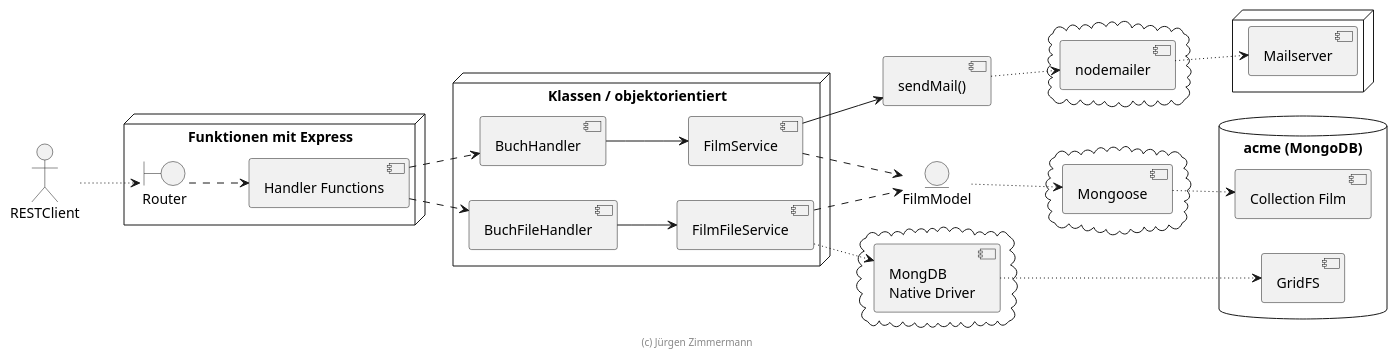
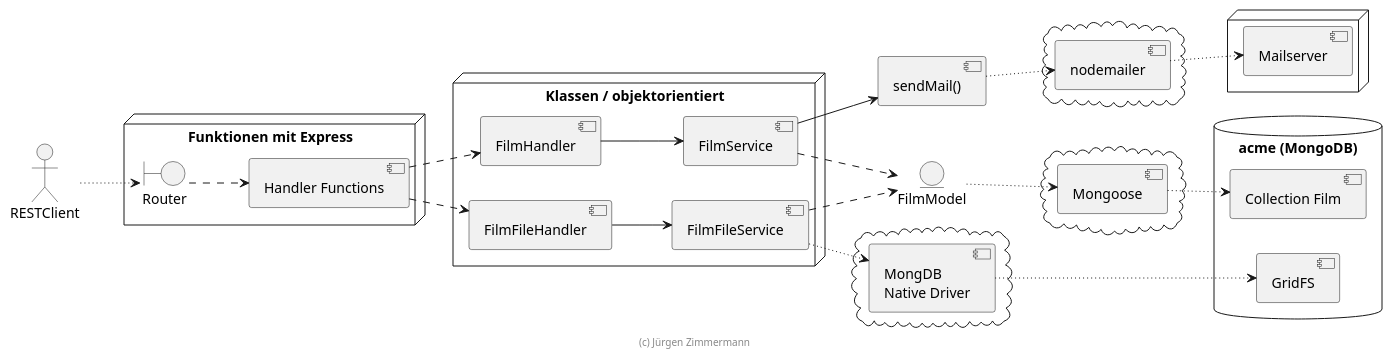
The diagram in doc/entwicklerhandbuch/komponenten.puml (marcelmaerdian/SWE_WS2020), drawn with PlantUML before and after one commit. The commit also changed 16 other files, not shown here.

```diff
--- a/doc/entwicklerhandbuch/komponenten.puml
+++ b/doc/entwicklerhandbuch/komponenten.puml
@@ -15,69 +15,69 @@
 @startuml Komponenten
 
 skinparam componentStyle uml2
 
 left to right direction
 
 actor RESTClient
 
 node "Funktionen mit Express" {
   boundary Router
   [Handler Functions]
 }
 
 node "Klassen / objektorientiert" {
-  [BuchHandler]
-  [BuchFileHandler]
+  [FilmHandler]
+  [FilmFileHandler]
 
   [FilmService]
   [FilmFileService]
 }
 
 [sendMail()] as sendMail
 
 entity FilmModel
 
 cloud {
     [Mongoose]
 }
 
 cloud {
     [MongDB\nNative Driver]
 }
 
 cloud {
     [nodemailer]
 }
 
 database "acme (MongoDB)" {
     [Collection Film]
     [GridFS]
 }
 
 node {
     [Mailserver]
 }
 
 
 RESTClient ~~> [Router]
 [Router] ..> [Handler Functions]
-[Handler Functions] ..> [BuchHandler]
-[Handler Functions] ..> [BuchFileHandler]
+[Handler Functions] ..> [FilmHandler]
+[Handler Functions] ..> [FilmFileHandler]
 
-[BuchHandler] --> [FilmService]
-[BuchFileHandler] --> [FilmFileService]
+[FilmHandler] --> [FilmService]
+[FilmFileHandler] --> [FilmFileService]
 [FilmService] ..> [FilmModel]
 [FilmFileService] ..> [FilmModel]
 
 [FilmModel] ~~> [Mongoose]
 [FilmFileService] ~~> [MongDB\nNative Driver]
 [sendMail] ~~> [nodemailer]
 [Mongoose] ~~> [Collection Film]
 [MongDB\nNative Driver] ~~> [GridFS]
 
 [FilmService] --> [sendMail]
 [nodemailer] ~~> [Mailserver]
 
 footer (c) Jürgen Zimmermann
 
 @enduml
```
